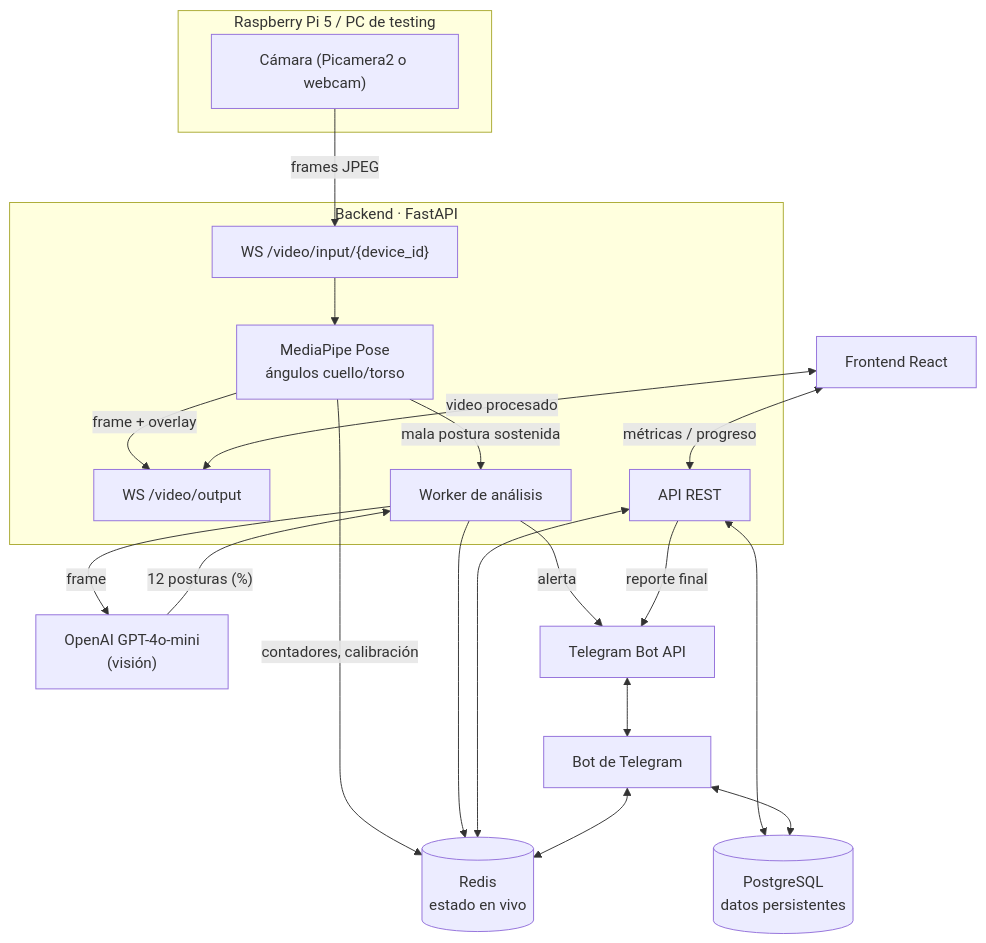
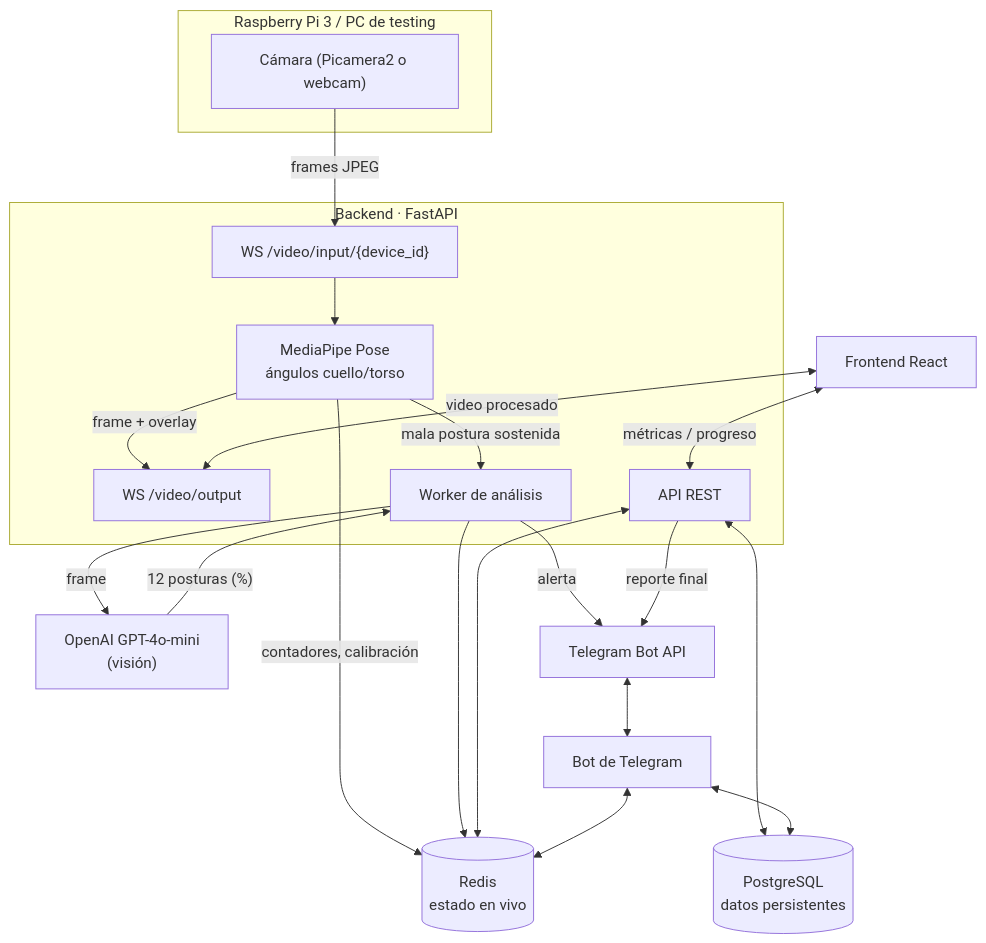
The first of 2 diagrams in README.md (RodolGiaco/Smart-Healthy-Posture-Detector), drawn with Mermaid before and after one commit. The commit also changed other lines of this file, not shown here.

Commit message:
docs: set Raspberry Pi 3 as target hardware

````diff
--- a/README.md
+++ b/README.md
@@ -132,39 +132,39 @@
 ```mermaid
 flowchart TB
-    subgraph Dispositivo["Raspberry Pi 5 / PC de testing"]
+    subgraph Dispositivo["Raspberry Pi 3 / PC de testing"]
         CAM["Cámara (Picamera2 o webcam)"]
     end
 
     subgraph Backend["Backend · FastAPI"]
         WSIN["WS /video/input/{device_id}"]
         MP["MediaPipe Pose<br/>ángulos cuello/torso"]
         WSOUT["WS /video/output"]
         WORKER["Worker de análisis"]
         REST["API REST"]
     end
 
     REDIS[("Redis<br/>estado en vivo")]
     PG[("PostgreSQL<br/>datos persistentes")]
     OPENAI["OpenAI GPT-4o-mini<br/>(visión)"]
     TG["Telegram Bot API"]
     BOT["Bot de Telegram"]
     WEB["Frontend React"]
 
     CAM -- "frames JPEG" --> WSIN
     WSIN --> MP
     MP -- "frame + overlay" --> WSOUT
     MP -- "contadores, calibración" --> REDIS
     MP -- "mala postura sostenida" --> WORKER
     WORKER -- "frame" --> OPENAI
     OPENAI -- "12 posturas (%)" --> WORKER
     WORKER --> REDIS
     WORKER -- "alerta" --> TG
     REST <--> REDIS
     REST <--> PG
     REST -- "reporte final" --> TG
     TG <--> BOT
     BOT <--> PG
     BOT <--> REDIS
     WEB <-- "video procesado" --> WSOUT
     WEB <-- "métricas / progreso" --> REST
 ```
````
